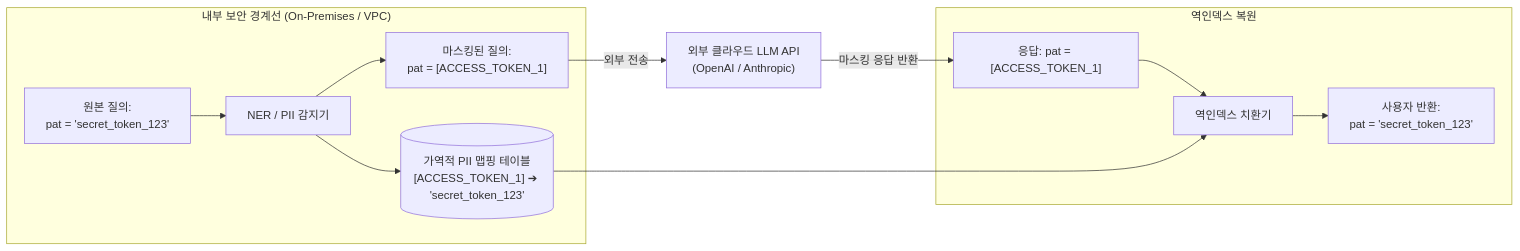
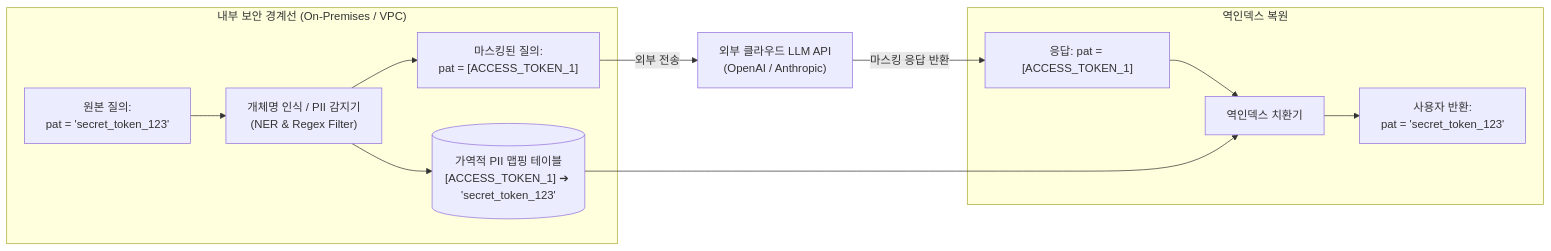
The second of 3 diagrams in chapter-qa/ch10-architecture-and-feedback-qa/01-enterprise-ai-application-architecture.md (sing-u8/AI-Engineering), drawn with Mermaid before and after one commit. The commit also changed other lines of this file and 25 other files, not shown here.

````diff
--- a/chapter-qa/ch10-architecture-and-feedback-qa/01-enterprise-ai-application-architecture.md
+++ b/chapter-qa/ch10-architecture-and-feedback-qa/01-enterprise-ai-application-architecture.md
@@ -58,17 +58,17 @@
 ```mermaid
 flowchart LR
     subgraph Client["내부 보안 경계선 (On-Premises / VPC)"]
-        Raw["원본 질의:\npat = 'secret_token_123'"] --> Regex["NER / PII 감지기"]
+        Raw["원본 질의:\npat = 'secret_token_123'"] --> Regex["개체명 인식 / PII 감지기\n(NER & Regex Filter)"]
         Regex --> Map[("가역적 PII 맵핑 테이블\n[ACCESS_TOKEN_1] ➔ 'secret_token_123'")]
         Regex --> Masked["마스킹된 질의:\npat = [ACCESS_TOKEN_1]"]
     end
 
     Masked -->|외부 전송| LLM["외부 클라우드 LLM API\n(OpenAI / Anthropic)"]
     LLM -->|마스킹 응답 반환| Res["응답: pat = [ACCESS_TOKEN_1]"]
     
     subgraph Restore["역인덱스 복원"]
         Res --> Unmask["역인덱스 치환기"]
         Map --> Unmask
         Unmask --> Final["사용자 반환:\npat = 'secret_token_123'"]
     end
 ```
````
